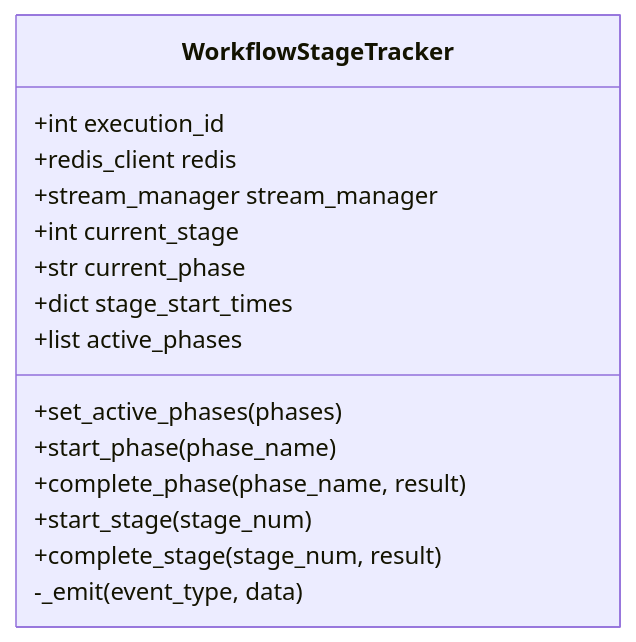
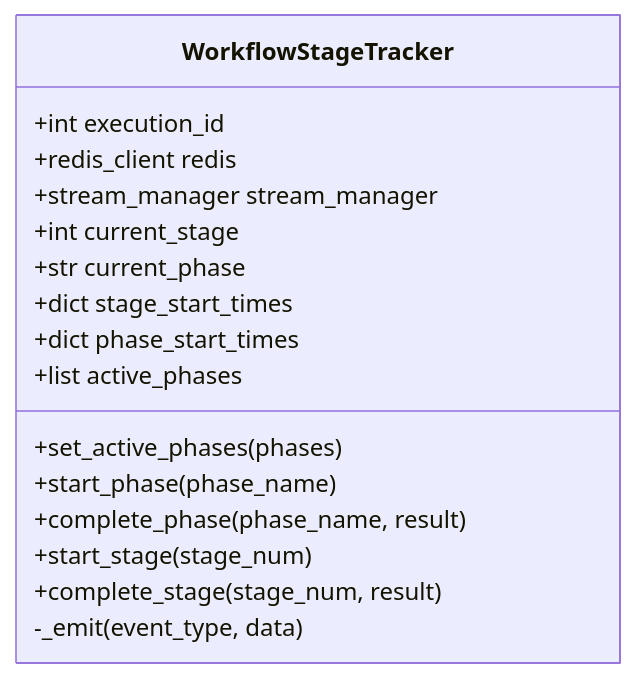
One commit to AutomatosAI/automatos-ai changed the third of 3 diagrams in docs/workflows-recipes/workflow-pipeline-architecture.md. Above: the diagram before and after it, drawn with Mermaid. The commit also changed other lines of this file and 191 other files, not shown here.

````diff
--- a/docs/workflows-recipes/workflow-pipeline-architecture.md
+++ b/docs/workflows-recipes/workflow-pipeline-architecture.md
@@ -147,19 +138,19 @@
 ```mermaid
 classDiagram
     class WorkflowStageTracker {
         +int execution_id
         +redis_client redis
         +stream_manager stream_manager
         +int current_stage
         +str current_phase
         +dict stage_start_times
+        +dict phase_start_times
         +list active_phases
-        
         +set_active_phases(phases)
         +start_phase(phase_name)
         +complete_phase(phase_name, result)
         +start_stage(stage_num)
         +complete_stage(stage_num, result)
         -_emit(event_type, data)
     }
 ```
````
